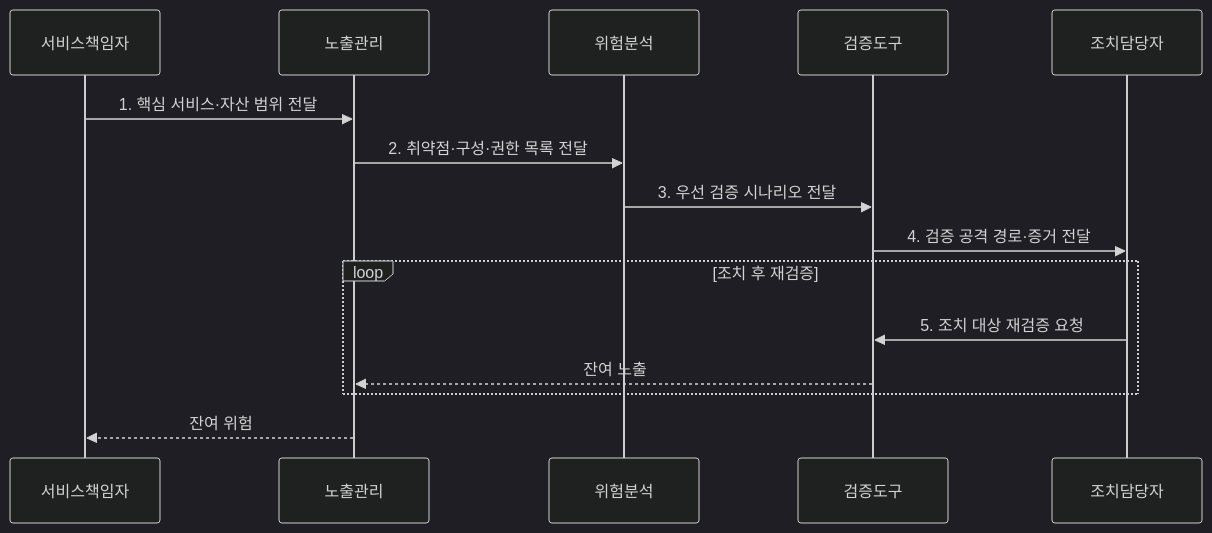
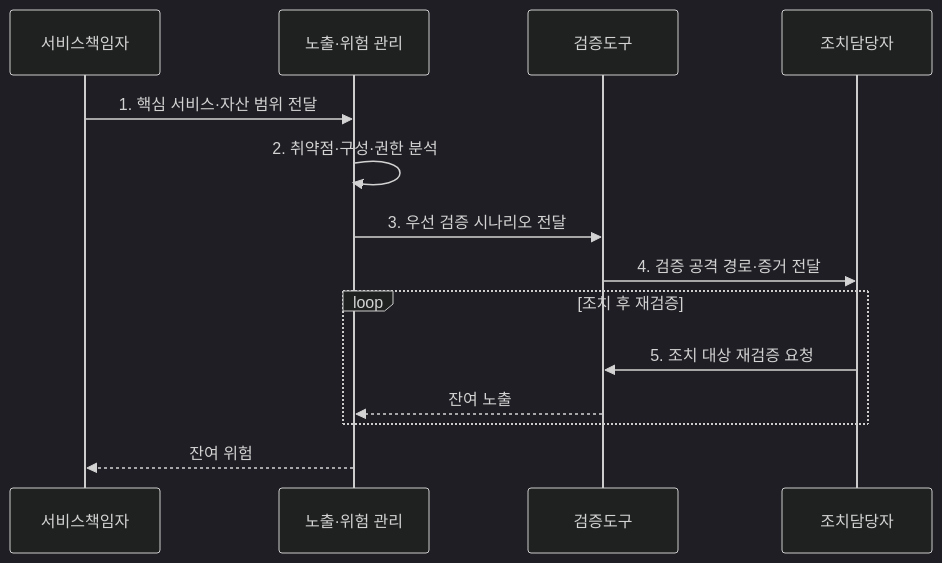
Before and after one commit to agnusdei1207/knowledge-base: the second of 2 diagrams in src/content/docs/notes/05-security/040_ctem.md, drawn with Mermaid (dark theme). The commit also changed other lines of this file and 8 other files, not shown here.

````diff
--- a/src/content/docs/notes/05-security/040_ctem.md
+++ b/src/content/docs/notes/05-security/040_ctem.md
@@ -103,17 +103,16 @@
 ```mermaid
 sequenceDiagram
     participant 서비스책임자
-    participant 노출관리
-    participant 위험분석
+    participant 노출관리 as 노출·위험 관리
     participant 검증도구
     participant 조치담당자
     서비스책임자->>노출관리: 1. 핵심 서비스·자산 범위 전달
-    노출관리->>위험분석: 2. 취약점·구성·권한 목록 전달
-    위험분석->>검증도구: 3. 우선 검증 시나리오 전달
+    노출관리->>노출관리: 2. 취약점·구성·권한 분석
+    노출관리->>검증도구: 3. 우선 검증 시나리오 전달
     검증도구->>조치담당자: 4. 검증 공격 경로·증거 전달
     loop 조치 후 재검증
         조치담당자->>검증도구: 5. 조치 대상 재검증 요청
         검증도구-->>노출관리: 잔여 노출
     end
     노출관리-->>서비스책임자: 잔여 위험
 ```
````
